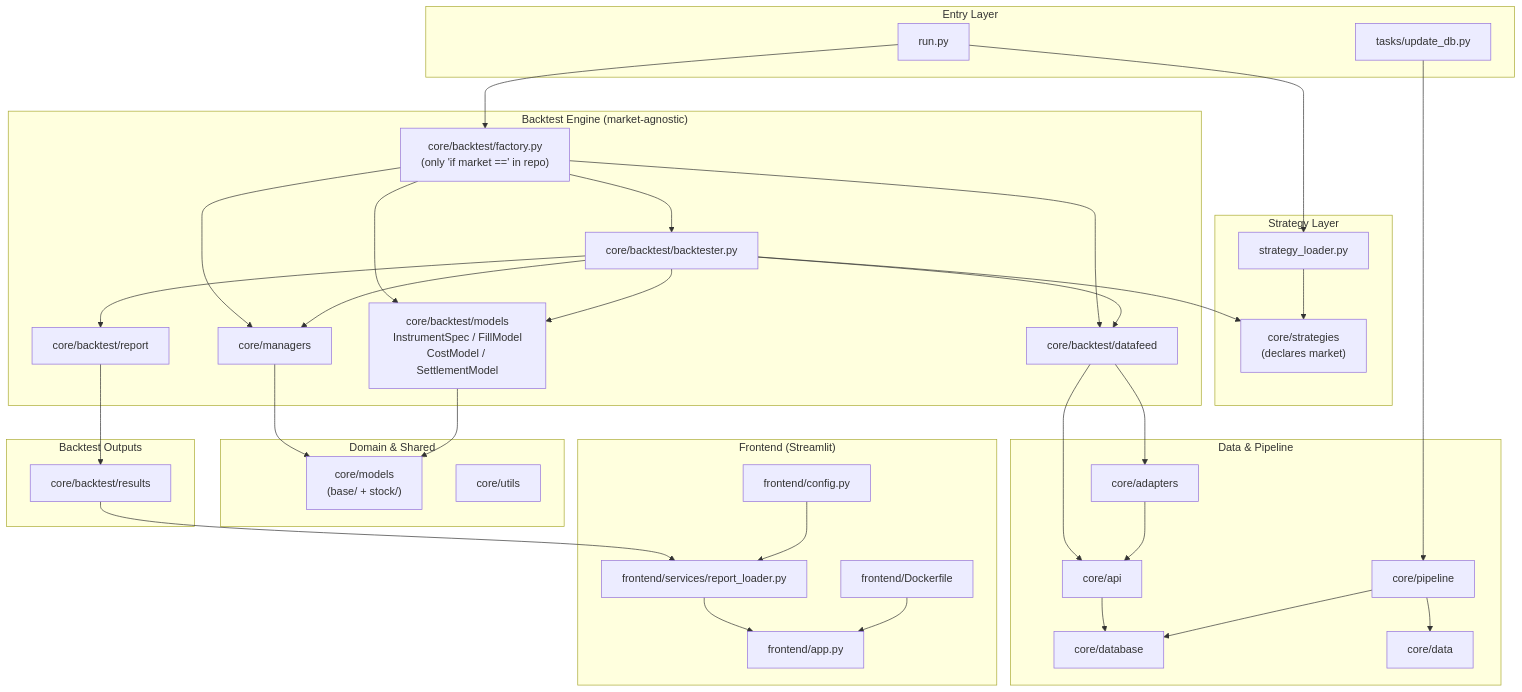
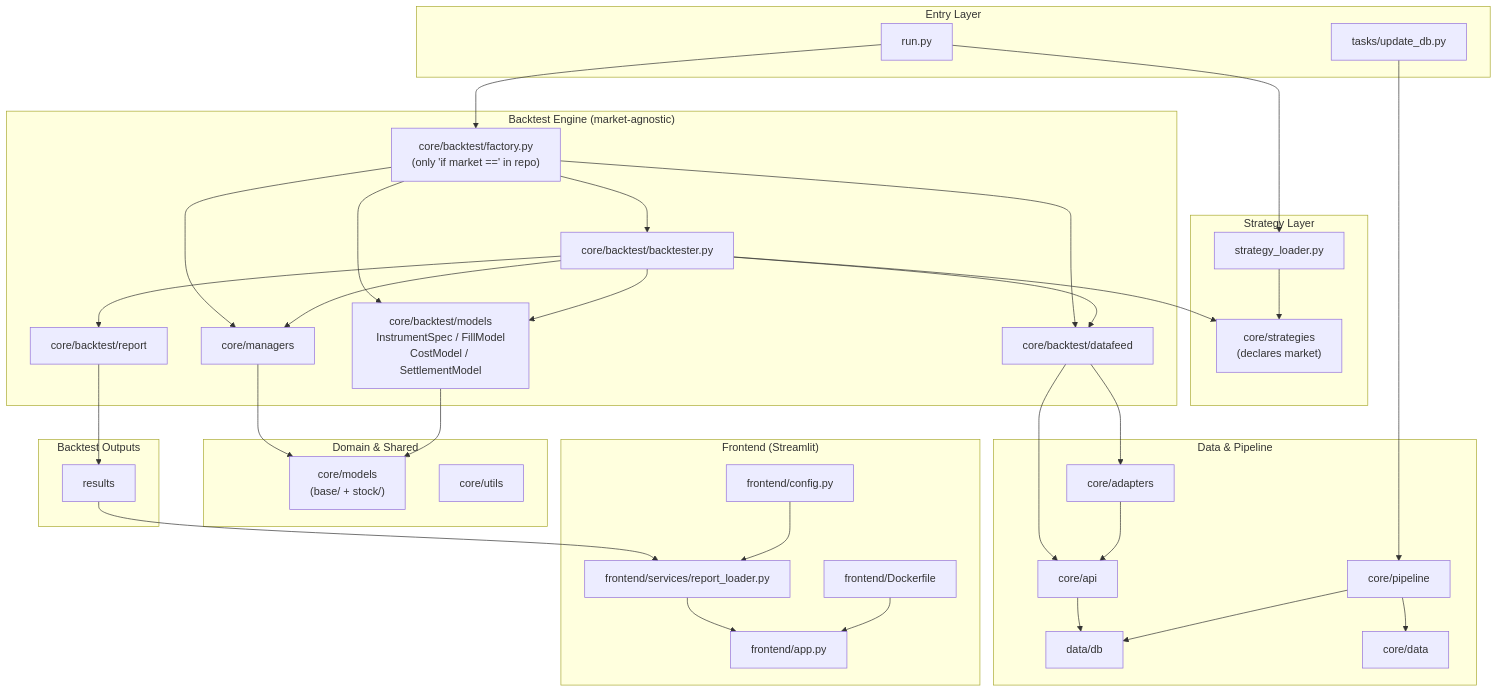
Before and after one commit to kuo220/AlphaEdge: the diagram in README.md, drawn with Mermaid. The commit also changed other lines of this file and 70 other files, not shown here.

````diff
--- a/README.md
+++ b/README.md
@@ -9,72 +9,72 @@
 ```mermaid
 graph TB
     subgraph entry ["Entry Layer"]
         RunPy["run.py"]
         Tasks["tasks/update_db.py"]
     end
 
     subgraph strategy_layer ["Strategy Layer"]
         Strategies["core/strategies<br/>(declares market)"]
         Loader["strategy_loader.py"]
     end
 
     subgraph engine_layer ["Backtest Engine (market-agnostic)"]
         Factory["core/backtest/factory.py<br/>(only 'if market ==' in repo)"]
         Backtester["core/backtest/backtester.py"]
         BTModels["core/backtest/models<br/>InstrumentSpec / FillModel<br/>CostModel / SettlementModel"]
         Feed["core/backtest/datafeed"]
         Managers["core/managers"]
         Report["core/backtest/report"]
     end
 
     subgraph domain_layer ["Domain & Shared"]
         Models["core/models<br/>(base/ + stock/)"]
         Utils["core/utils"]
     end
 
     subgraph data_layer ["Data & Pipeline"]
         API["core/api"]
         Adapters["core/adapters"]
         Pipeline["core/pipeline"]
-        DB["core/database"]
+        DB["data/db"]
         Data["core/data"]
     end
 
     subgraph output_layer ["Backtest Outputs"]
-        Results["core/backtest/results"]
+        Results["results"]
     end
 
     subgraph frontend_layer ["Frontend (Streamlit)"]
         FrontendApp["frontend/app.py"]
         FrontendService["frontend/services/report_loader.py"]
         FrontendConfig["frontend/config.py"]
         FrontendDocker["frontend/Dockerfile"]
     end
 
     RunPy --> Loader
     Loader --> Strategies
     RunPy --> Factory
     Factory --> Backtester
     Factory --> BTModels
     Factory --> Feed
     Factory --> Managers
     Backtester --> Strategies
     Backtester --> BTModels
     Backtester --> Feed
     Backtester --> Managers
     Backtester --> Report
     Managers --> Models
     BTModels --> Models
     Feed --> API
     Feed --> Adapters
     API --> DB
     Adapters --> API
     Tasks --> Pipeline
     Pipeline --> DB
     Pipeline --> Data
     Report --> Results
     Results --> FrontendService
     FrontendConfig --> FrontendService
     FrontendService --> FrontendApp
     FrontendDocker --> FrontendApp
 ```
````
